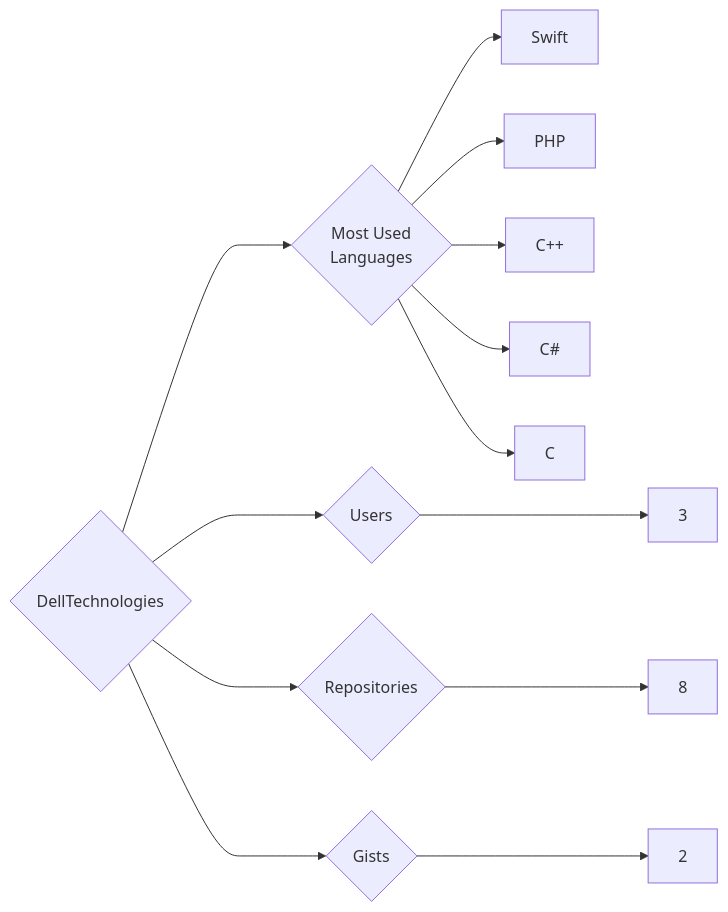
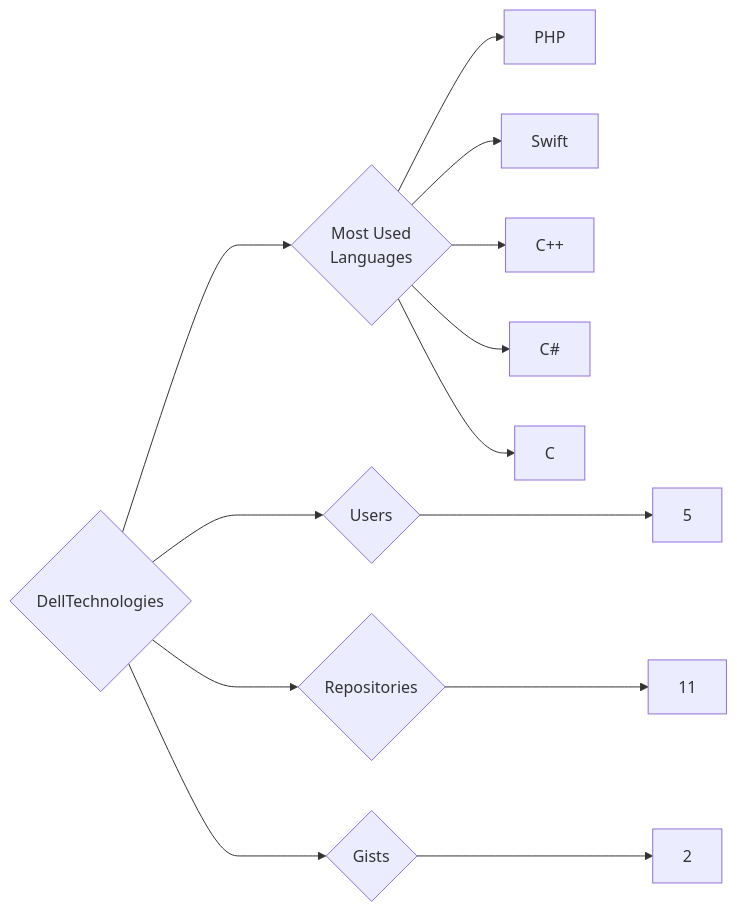
One commit to trickest/insiders changed the diagram in targets/DellTechnologies/README.md. Above: the diagram before and after it, drawn with Mermaid. The commit also changed 865 other files, not shown here.

````diff
--- a/targets/DellTechnologies/README.md
+++ b/targets/DellTechnologies/README.md
@@ -3,13 +3,13 @@
 ```mermaid
 graph LR
 COMPANY_NAME{DellTechnologies}
-COMPANY_NAME ---> U{Users} ---> UN[3]
-COMPANY_NAME ---> R{Repositories} ---> RN[8]
+COMPANY_NAME ---> U{Users} ---> UN[5]
+COMPANY_NAME ---> R{Repositories} ---> RN[11]
 COMPANY_NAME ---> G{Gists} ---> GN[2]
 COMPANY_NAME ---> ML{Most Used<br>Languages}
+ML --> PHP[PHP]
 ML --> Swift[Swift]
-ML --> PHP[PHP]
 ML --> C++[C++]
 ML --> C#[C#]
 ML --> C[C]
 ```
````
